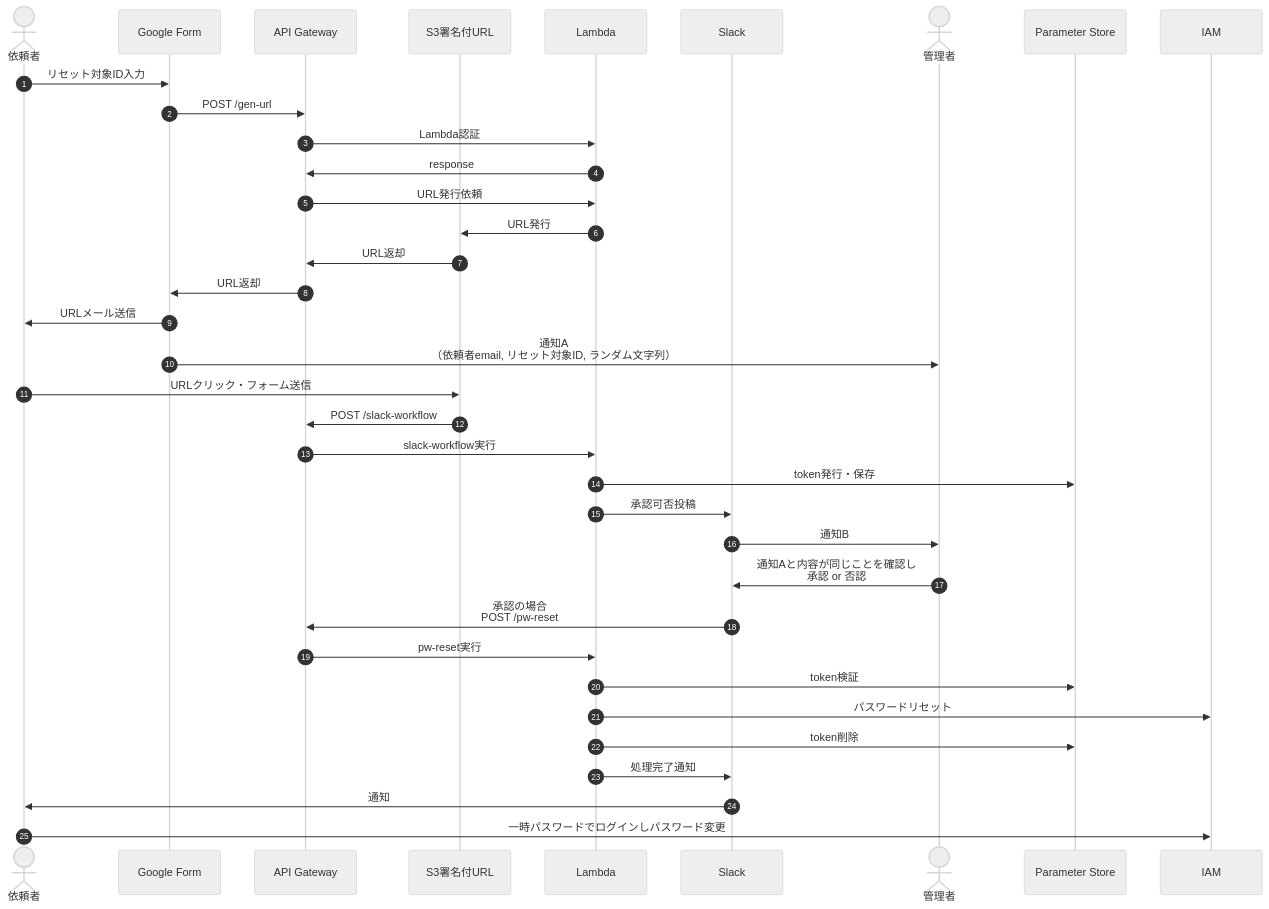
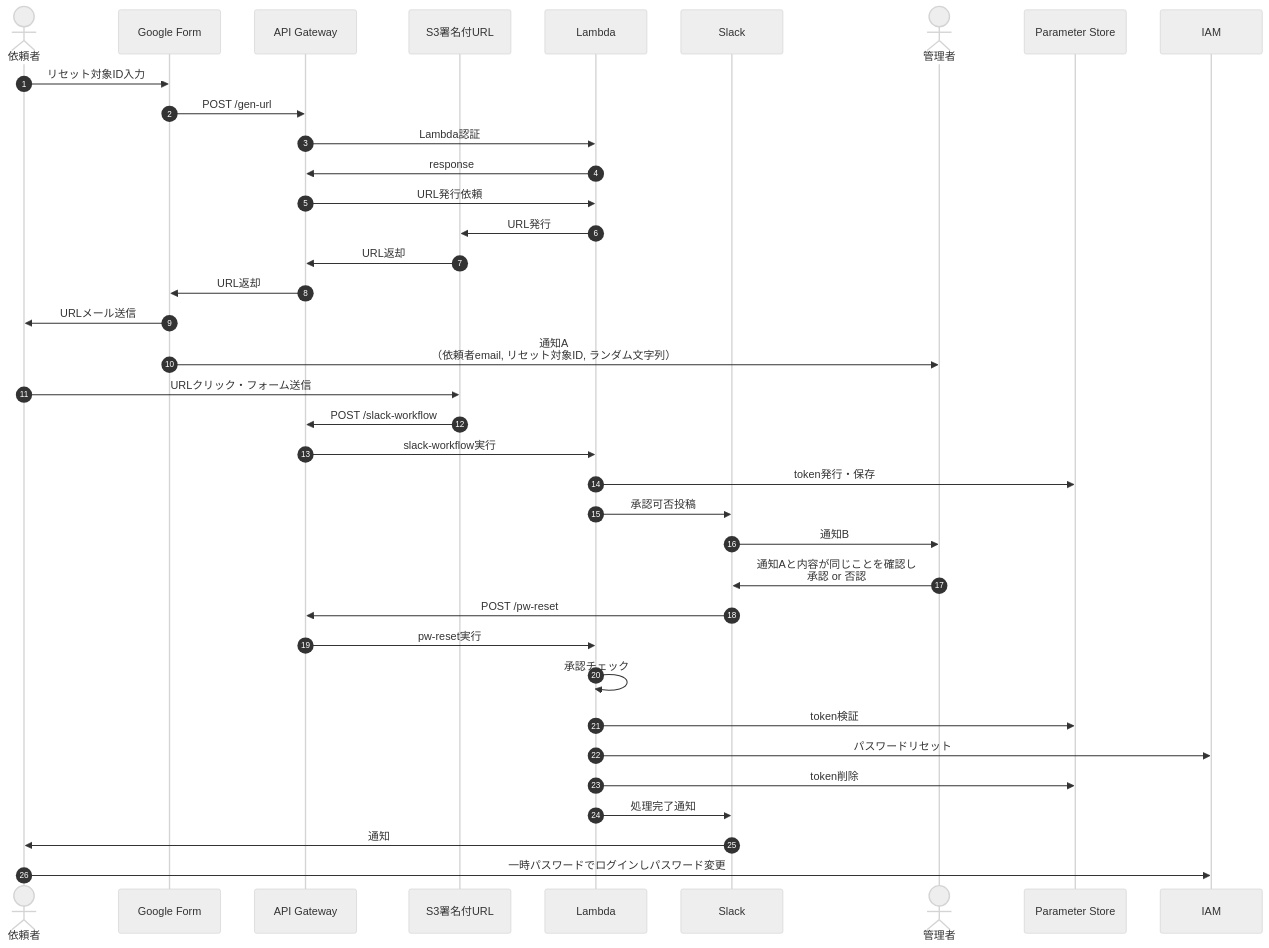
The diagram in README.md (hige-dev/pw-reset), drawn with Mermaid (neutral theme) before and after one commit. The commit also changed other lines of this file, not shown here.

Commit message:
fix sequence

````diff
--- a/README.md
+++ b/README.md
@@ -66,38 +66,39 @@
 ```mermaid
 sequenceDiagram
   autonumber
   actor line_2 as 依頼者
   participant line_1 as Google Form
   participant line_3 as API Gateway
   participant line_4 as S3署名付URL
   participant line_5 as Lambda
   participant line_6 as Slack
   actor line_7 as 管理者
   participant line_11 as Parameter Store
   participant line_10 as IAM
   line_2 ->> line_1: リセット対象ID入力
   line_1 ->> line_3: POST /gen-url
   line_3 ->> line_5: Lambda認証
   line_5 ->> line_3: response
   line_3 ->> line_5: URL発行依頼
   line_5 ->> line_4: URL発行
   line_4 ->> line_3: URL返却
   line_3 ->> line_1: URL返却
   line_1 ->> line_2: URLメール送信
   line_1 ->> line_7: 通知A<br>（依頼者email, リセット対象ID, ランダム文字列）
   line_2 ->> line_4: URLクリック・フォーム送信
   line_4 ->> line_3: POST /slack-workflow
   line_3 ->> line_5: slack-workflow実行
   line_5 ->> line_11: token発行・保存
   line_5 ->> line_6: 承認可否投稿
   line_6 ->> line_7: 通知B
   line_7 ->> line_6: 通知Aと内容が同じことを確認し<br>承認 or 否認
-  line_6 ->> line_3: 承認の場合<br>POST /pw-reset
+  line_6 ->> line_3: POST /pw-reset
   line_3 ->> line_5: pw-reset実行
+  line_5 ->> line_5: 承認チェック
   line_5 ->> line_11: token検証
   line_5 ->> line_10: パスワードリセット
   line_5 ->> line_11: token削除
   line_5 ->> line_6: 処理完了通知
   line_6 ->> line_2: 通知
   line_2 ->> line_10: 一時パスワードでログインしパスワード変更
 ```
````
